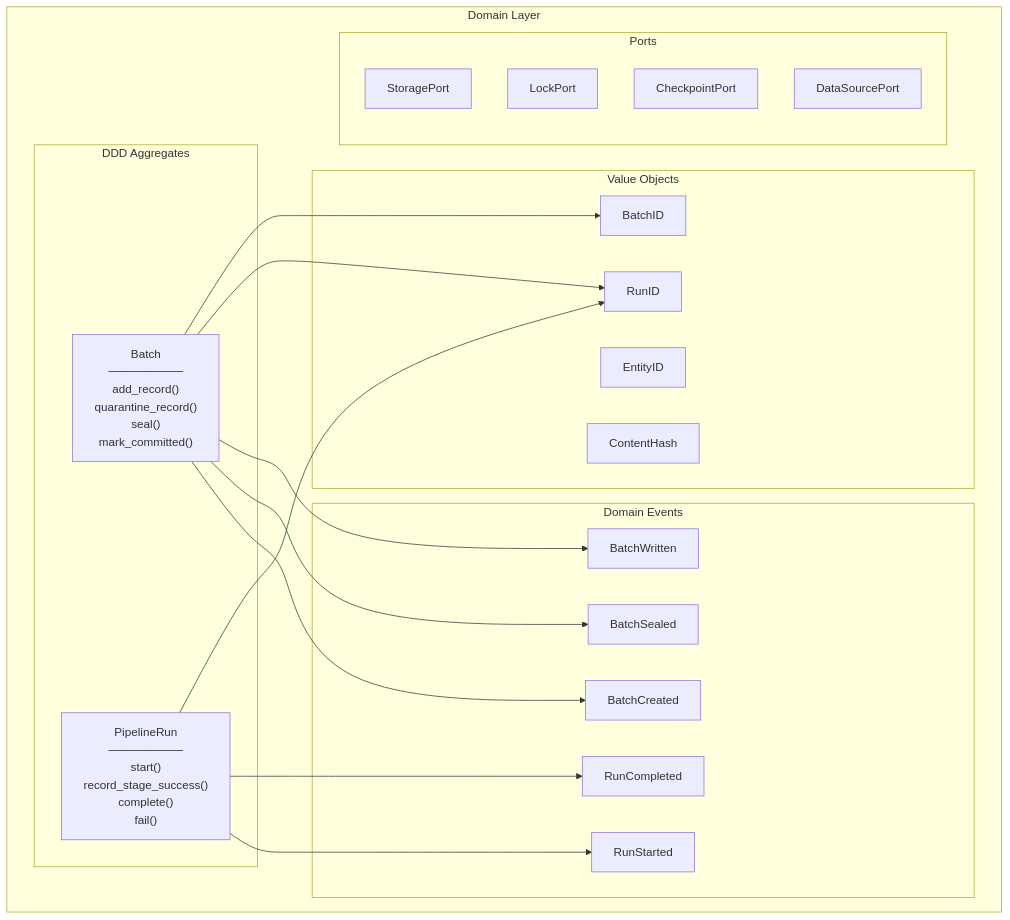
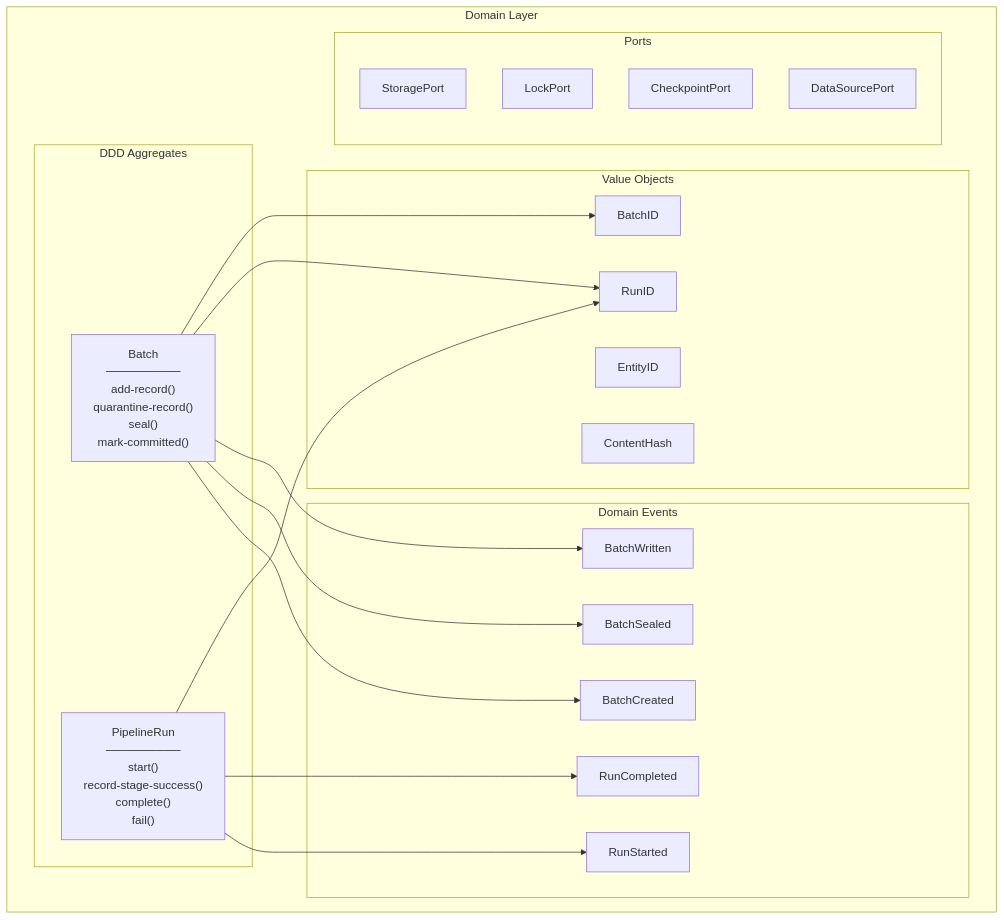
Before and after one commit to SatoryKono/BioactivityDataAcquisition: the seventh of 9 diagrams in docs/02-architecture/diagrams.md, drawn with Mermaid. The commit also changed other lines of this file and 311 other files, not shown here.

````diff
--- a/docs/02-architecture/diagrams.md
+++ b/docs/02-architecture/diagrams.md
@@ -238,51 +238,51 @@
 ```mermaid
 flowchart TB
     subgraph domain["Domain Layer"]
         subgraph aggregates["DDD Aggregates"]
             Batch["Batch
             ─────────
-            add_record()
-            quarantine_record()
+            add-record()
+            quarantine-record()
             seal()
-            mark_committed()"]
+            mark-committed()"]
 
             PipelineRun["PipelineRun
             ─────────
             start()
-            record_stage_success()
+            record-stage-success()
             complete()
             fail()"]
         end
 
         subgraph events["Domain Events"]
             BatchCreated
             BatchSealed
             BatchWritten
             RunStarted
             RunCompleted
         end
 
-        subgraph value_objects["Value Objects"]
+        subgraph value-objects["Value Objects"]
             RunID["RunID"]
             BatchID["BatchID"]
             EntityID["EntityID"]
             ContentHash["ContentHash"]
         end
 
         subgraph ports["Ports"]
             StoragePort
             LockPort
             CheckpointPort
             DataSourcePort
         end
     end
 
     Batch --> BatchCreated
     Batch --> BatchSealed
     Batch --> BatchWritten
     PipelineRun --> RunStarted
     PipelineRun --> RunCompleted
     Batch --> RunID
     Batch --> BatchID
     PipelineRun --> RunID
 ```
````
